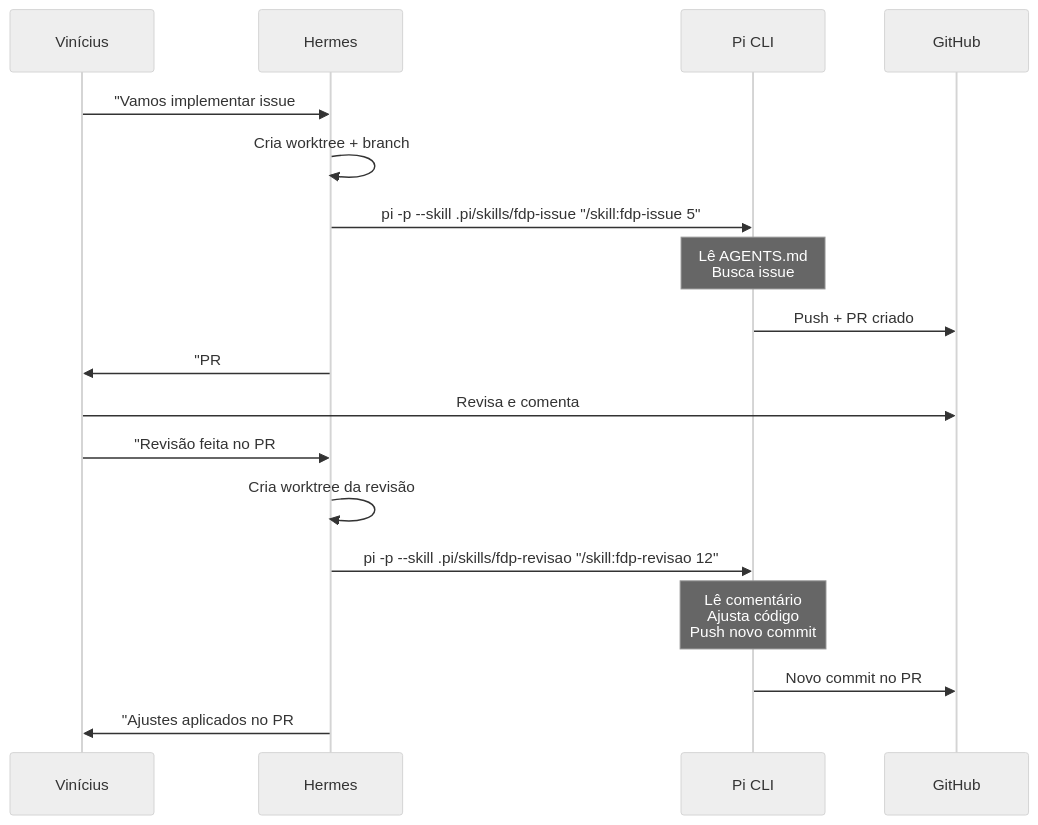
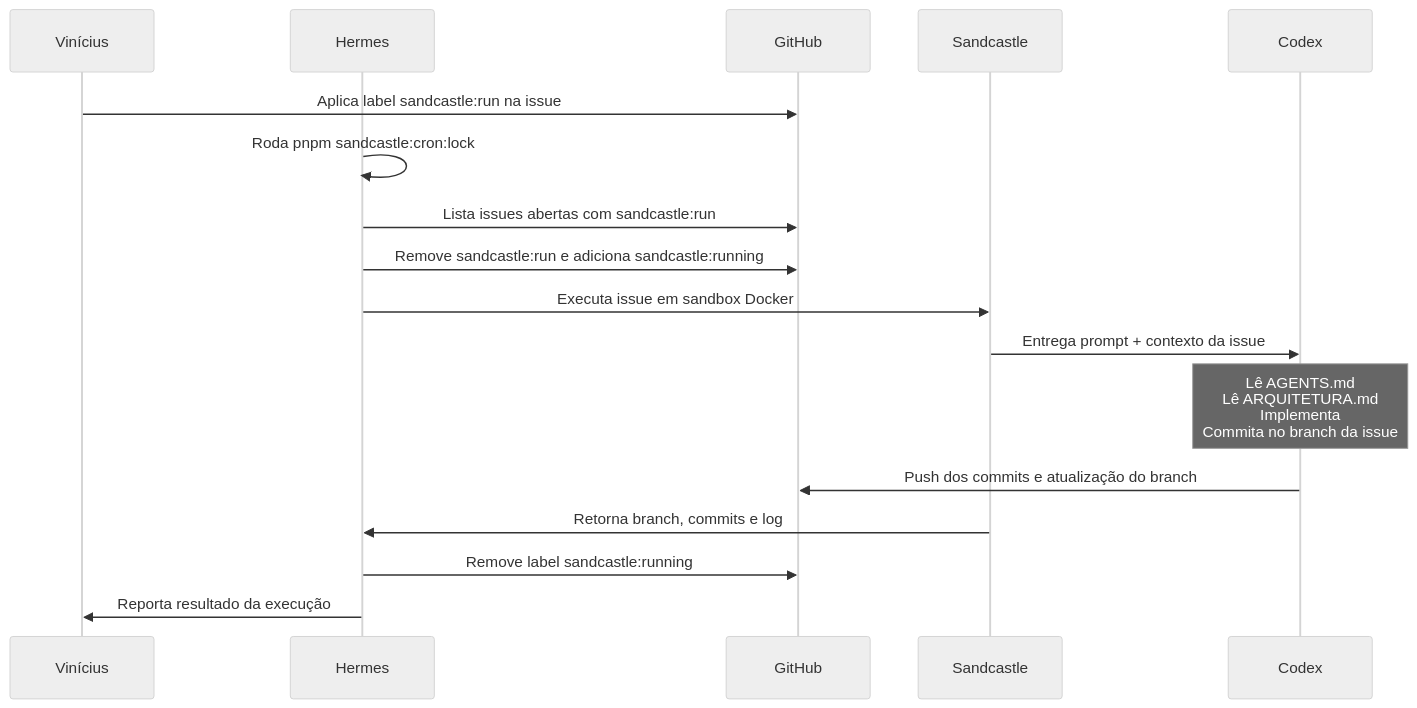
One commit to Dhinihan/fdp-online changed the diagram in ORQUESTRACAO.md. Above: the diagram before and after it, drawn with Mermaid (neutral theme). The commit also changed other lines of this file, not shown here.

Commit message:
docs: atualiza orquestracao do sandcastle

````diff
--- a/ORQUESTRACAO.md
+++ b/ORQUESTRACAO.md
@@ -94,21 +117,20 @@
 ```mermaid
 sequenceDiagram
     participant V as Vinícius
     participant H as Hermes
-    participant Pi as Pi CLI
     participant GH as GitHub
+    participant S as Sandcastle
+    participant C as Codex
 
-    V->>H: "Vamos implementar issue #5"
-    H->>H: Cria worktree + branch
-    H->>Pi: pi -p --skill .pi/skills/fdp-issue "/skill:fdp-issue 5"
-    Note over Pi: Lê AGENTS.md<br/>Busca issue #5<br/>Implementa<br/>Roda testes<br/>Abre PR
-    Pi->>GH: Push + PR criado
-    H->>V: "PR #12 aberto para issue #5"
-    V->>GH: Revisa e comenta
-    V->>H: "Revisão feita no PR #12"
-    H->>H: Cria worktree da revisão
-    H->>Pi: pi -p --skill .pi/skills/fdp-revisao "/skill:fdp-revisao 12"
-    Note over Pi: Lê comentário<br/>Ajusta código<br/>Push novo commit
-    Pi->>GH: Novo commit no PR #12
-    H->>V: "Ajustes aplicados no PR #12"
+    V->>GH: Aplica label sandcastle:run na issue
+    H->>H: Roda pnpm sandcastle:cron:lock
+    H->>GH: Lista issues abertas com sandcastle:run
+    H->>GH: Remove sandcastle:run e adiciona sandcastle:running
+    H->>S: Executa issue em sandbox Docker
+    S->>C: Entrega prompt + contexto da issue
+    Note over C: Lê AGENTS.md<br/>Lê ARQUITETURA.md<br/>Implementa<br/>Commita no branch da issue
+    C->>GH: Push dos commits e atualização do branch
+    S->>H: Retorna branch, commits e log
+    H->>GH: Remove label sandcastle:running
+    H->>V: Reporta resultado da execução
 ```
````
